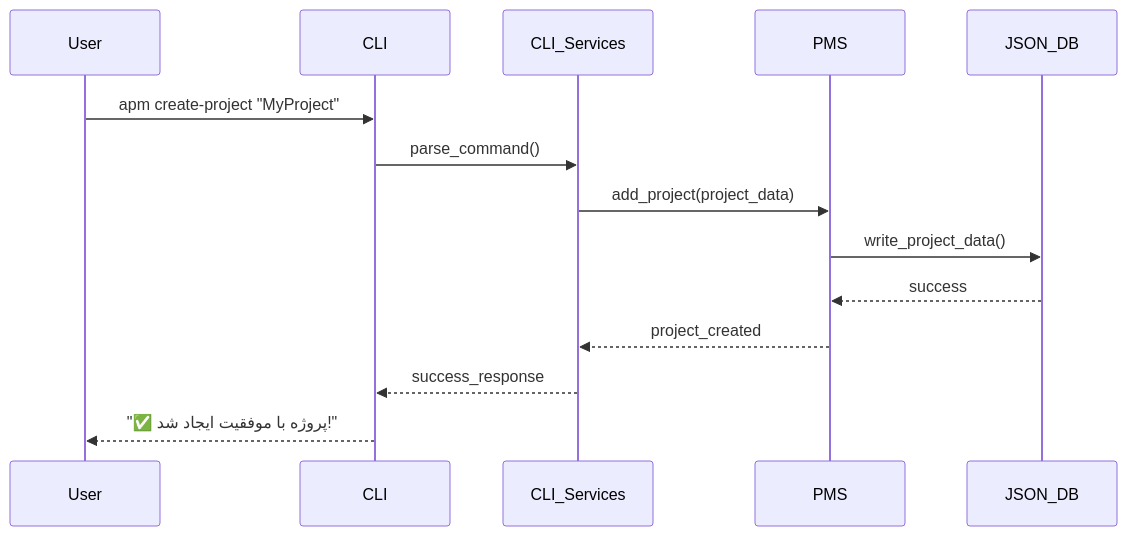
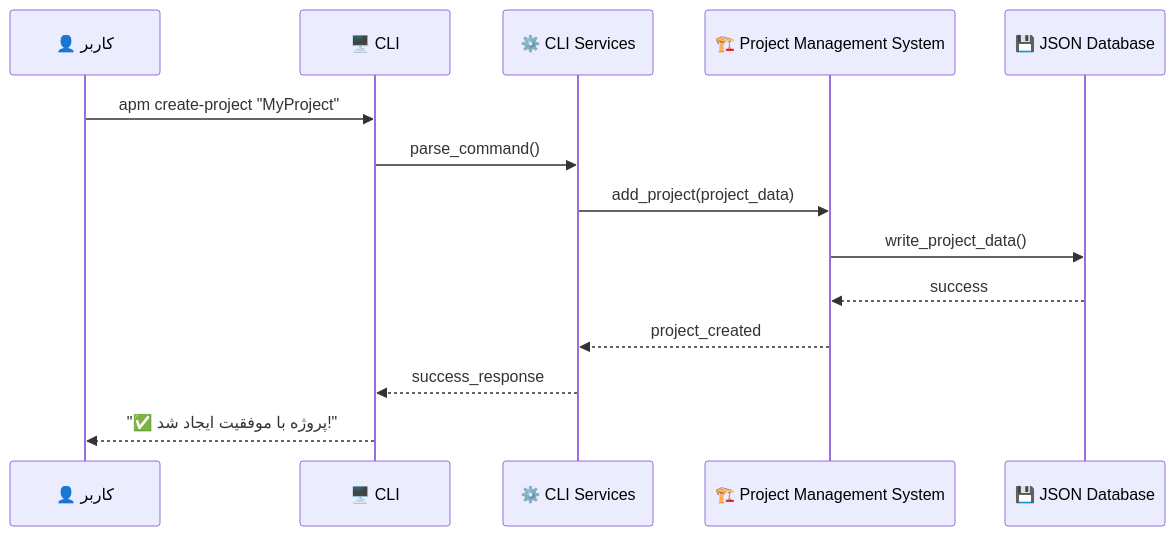
The second of 3 diagrams in Docs/entire_project/architecture/architecture_fa.md (Shakour-Data/AutoProjectManagement), drawn with Mermaid before and after one commit. The commit also changed other lines of this file, not shown here.

Commit message:
`Updated architecture documentation for AutoProjectManagement system`

````diff
--- a/Docs/entire_project/architecture/architecture_fa.md
+++ b/Docs/entire_project/architecture/architecture_fa.md
@@ -220,17 +224,17 @@
 ```mermaid
 sequenceDiagram
-    participant User
-    participant CLI
-    participant CLI_Services
-    participant PMS
-    participant JSON_DB
+    participant کاربر as 👤 کاربر
+    participant CLI as 🖥️ CLI
+    participant CLI_Services as ⚙️ CLI Services
+    participant PMS as 🏗️ Project Management System
+    participant JSON_DB as 💾 JSON Database
     
-    User->>CLI: apm create-project "MyProject"
+    کاربر->>CLI: apm create-project "MyProject"
     CLI->>CLI_Services: parse_command()
     CLI_Services->>PMS: add_project(project_data)
     PMS->>JSON_DB: write_project_data()
     JSON_DB-->>PMS: success
     PMS-->>CLI_Services: project_created
     CLI_Services-->>CLI: success_response
-    CLI-->>User: "✅ پروژه با موفقیت ایجاد شد!"
+    CLI-->>کاربر: "✅ پروژه با موفقیت ایجاد شد!"
 ```
````
